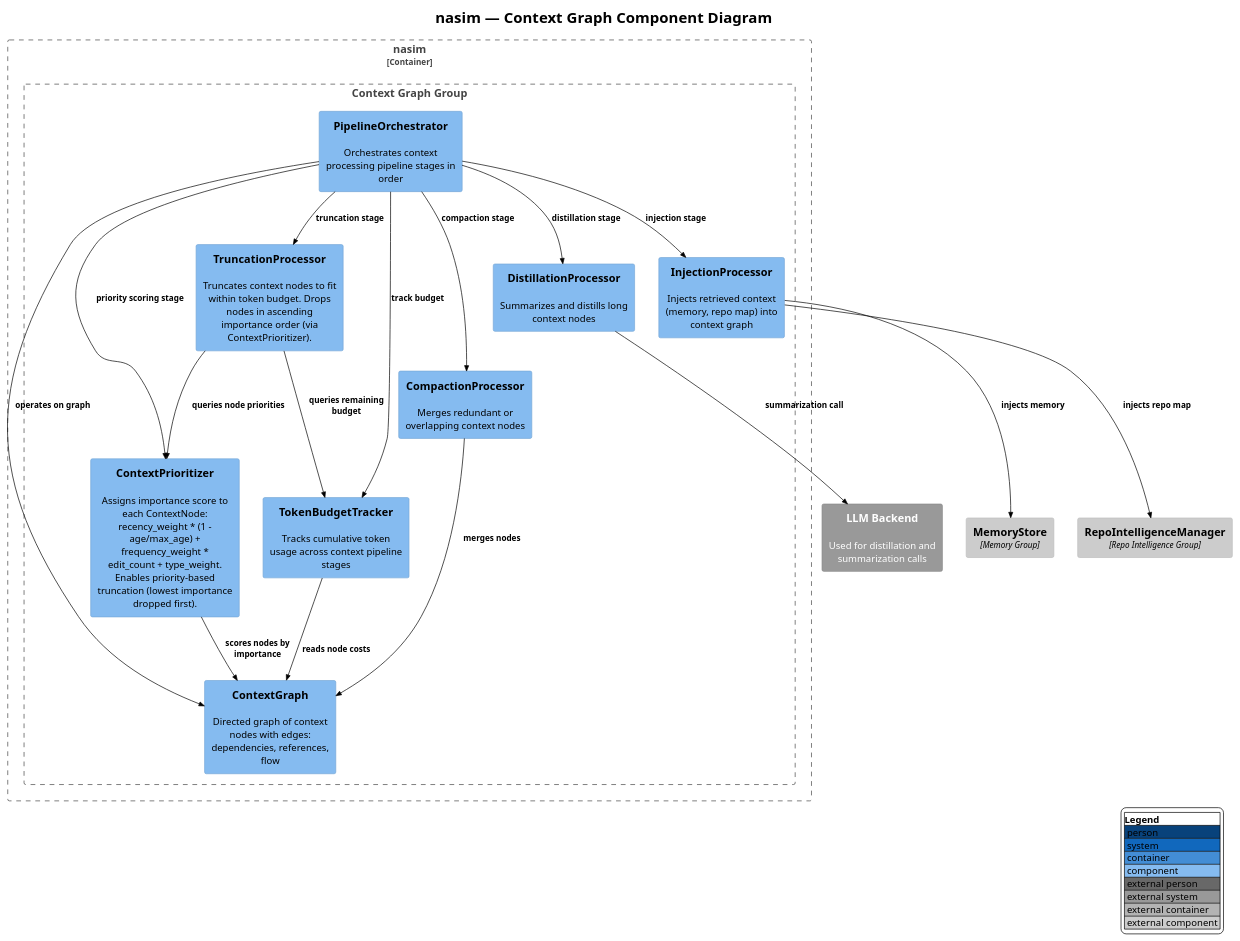
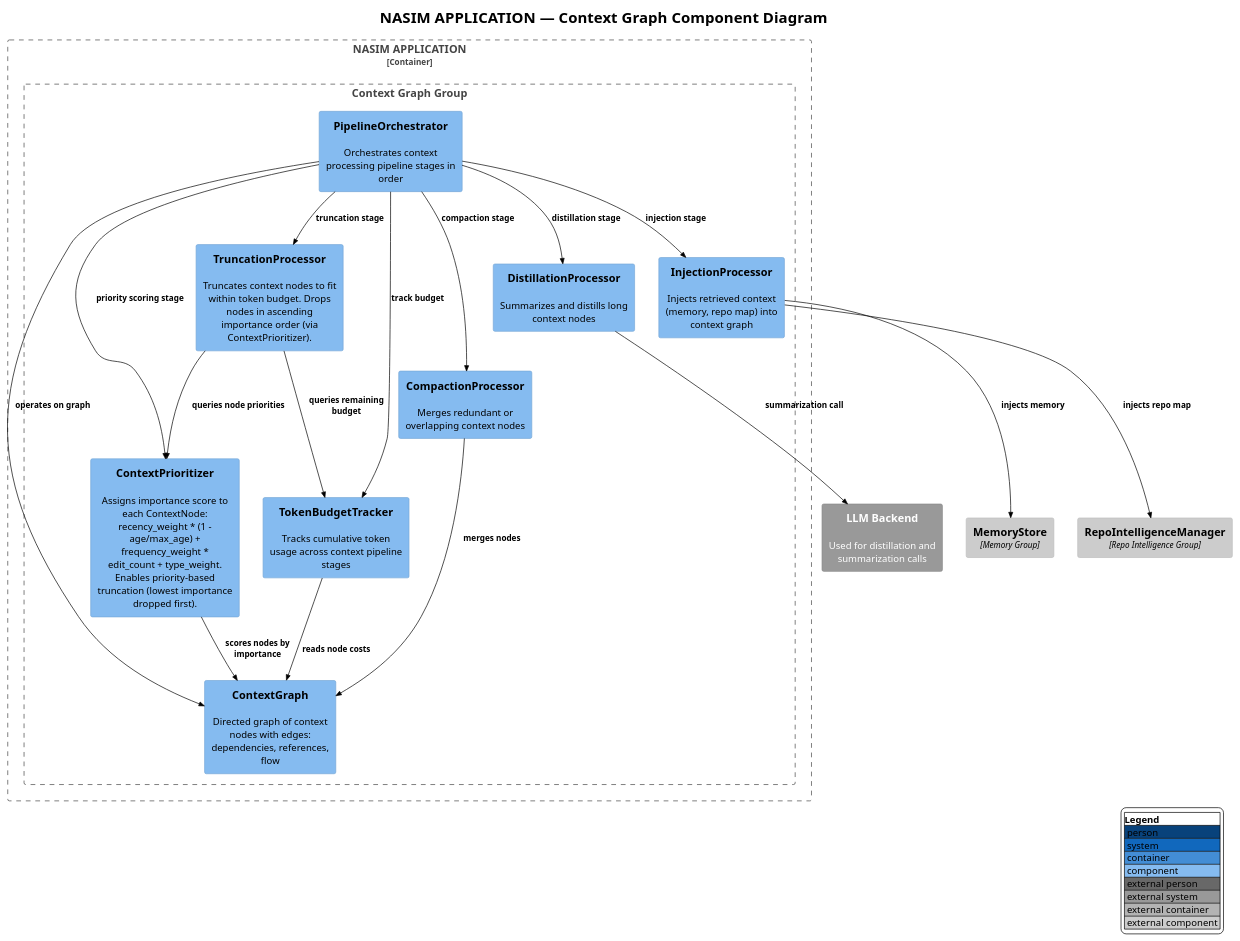
The diagram in docs/C4/c4_nasim_component_context_graph.puml (salimnamvar/nasim), drawn with PlantUML before and after one commit. The commit also changed 21 other files, not shown here.

Commit message:
docs: Update C4 diagrams to reflect NASIM APPLICATION branding and improve consistency

```diff
--- a/docs/C4/c4_nasim_component_context_graph.puml
+++ b/docs/C4/c4_nasim_component_context_graph.puml
@@ -1,52 +1,52 @@
 @startuml c4_nasim_component_context_graph
 !include https://raw.githubusercontent.com/plantuml-stdlib/C4-PlantUML/v2.10.0/C4_Component.puml
 !theme plain
 
 
 ' ============================================================
-' Title:     nasim — Context Graph Component Diagram
-' Boundary:  nasim (container) — Context Graph Group
+' Title:     NASIM APPLICATION — Context Graph Component Diagram
+' Boundary:  NASIM APPLICATION (container) — Context Graph Group
 ' Purpose:   Context pipeline: graph construction, truncation, distillation, injection, compaction
 ' Milestone: v1.0
 ' Version:   9.0.0
 ' Source:    docs/audit/audit.2026.06.20.deep.domain.audit.md
 ' Review:    —
 ' ============================================================
 
 LAYOUT_WITH_LEGEND()
-title nasim — Context Graph Component Diagram
+title NASIM APPLICATION — Context Graph Component Diagram
 
-Container_Boundary(nasim, "nasim") {
+Container_Boundary(nasim_application, "NASIM APPLICATION") {
     Boundary(context_graph_group, "Context Graph Group") {
         Component(context_graph, "ContextGraph", "", "Directed graph of context nodes with edges: dependencies, references, flow")
         Component(pipeline_orchestrator, "PipelineOrchestrator", "", "Orchestrates context processing pipeline stages in order")
         Component(context_prioritizer, "ContextPrioritizer", "", "Assigns importance score to each ContextNode: recency_weight * (1 - age/max_age) + frequency_weight * edit_count + type_weight. Enables priority-based truncation (lowest importance dropped first).")
         Component(truncation_processor, "TruncationProcessor", "", "Truncates context nodes to fit within token budget. Drops nodes in ascending importance order (via ContextPrioritizer).")
         Component(distillation_processor, "DistillationProcessor", "", "Summarizes and distills long context nodes")
         Component(injection_processor, "InjectionProcessor", "", "Injects retrieved context (memory, repo map) into context graph")
         Component(compaction_processor, "CompactionProcessor", "", "Merges redundant or overlapping context nodes")
         Component(token_budget_tracker, "TokenBudgetTracker", "", "Tracks cumulative token usage across context pipeline stages")
     }
 }
 
 Component_Ext(memory_store, "MemoryStore", "Memory Group")
 Component_Ext(repo_intel_mgr, "RepoIntelligenceManager", "Repo Intelligence Group")
 System_Ext(llm_backend, "LLM Backend", "Used for distillation and summarization calls")
 
 Rel(pipeline_orchestrator, context_prioritizer, "priority scoring stage")
 Rel(pipeline_orchestrator, truncation_processor, "truncation stage")
 Rel(pipeline_orchestrator, distillation_processor, "distillation stage")
 Rel(pipeline_orchestrator, injection_processor, "injection stage")
 Rel(pipeline_orchestrator, compaction_processor, "compaction stage")
 Rel(pipeline_orchestrator, token_budget_tracker, "track budget")
 Rel(pipeline_orchestrator, context_graph, "operates on graph")
 Rel(context_prioritizer, context_graph, "scores nodes by importance")
 Rel(distillation_processor, llm_backend, "summarization call")
 Rel(injection_processor, memory_store, "injects memory")
 Rel(injection_processor, repo_intel_mgr, "injects repo map")
 Rel(truncation_processor, context_prioritizer, "queries node priorities")
 Rel(truncation_processor, token_budget_tracker, "queries remaining budget")
 Rel(compaction_processor, context_graph, "merges nodes")
 Rel(token_budget_tracker, context_graph, "reads node costs")
 
 @enduml
```
